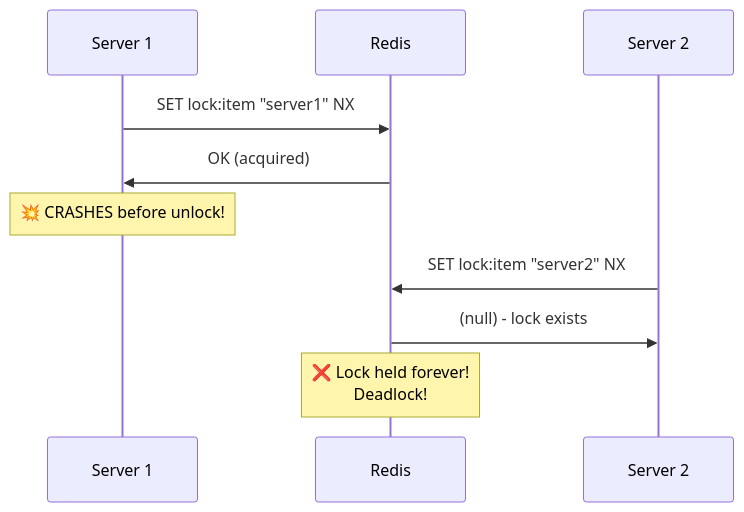
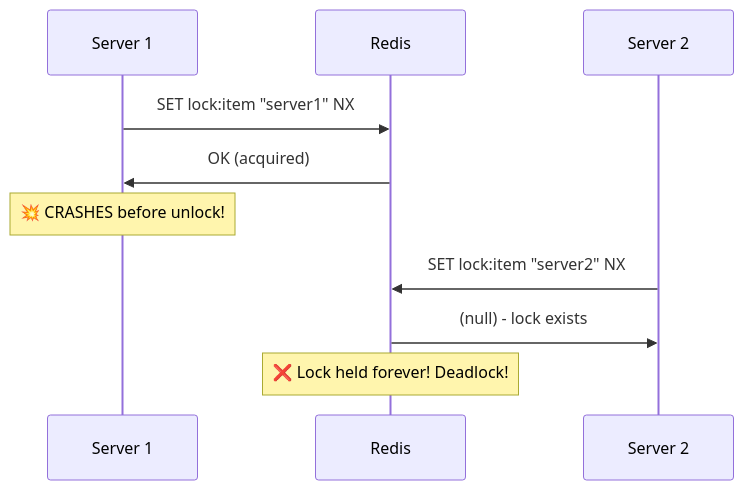
One commit to p1kmr/for-reading changed diagram 30 of 39 in Distributed_Concurrency_Control_Guide.md. Above: the diagram before and after it, drawn with Mermaid. The commit also changed other lines of this file and 2 other files, not shown here.

Commit message:
Fix Mermaid rendering issues in Databases and Message Queues guides by simplifying complex diagrams

````diff
--- a/Distributed_Concurrency_Control_Guide.md
+++ b/Distributed_Concurrency_Control_Guide.md
@@ -1733,16 +1733,16 @@
 ```mermaid
 sequenceDiagram
     participant S1 as Server 1
     participant R as Redis
     participant S2 as Server 2
 
     S1->>R: SET lock:item "server1" NX
     R->>S1: OK (acquired)
 
     Note over S1: 💥 CRASHES before unlock!
 
     S2->>R: SET lock:item "server2" NX
     R->>S2: (null) - lock exists
 
-    Note over R: ❌ Lock held forever!<br/>Deadlock!
+    Note over R: ❌ Lock held forever! Deadlock!
 ```
````
